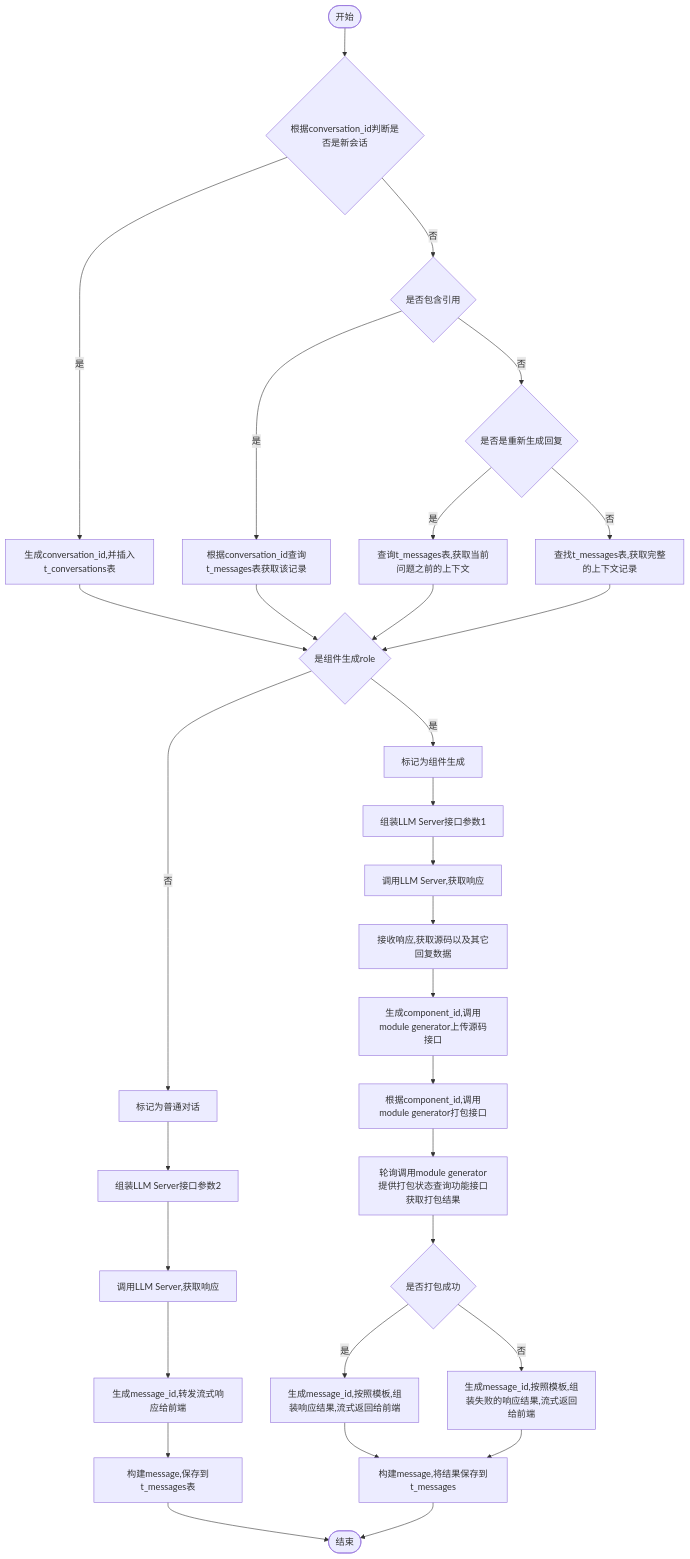
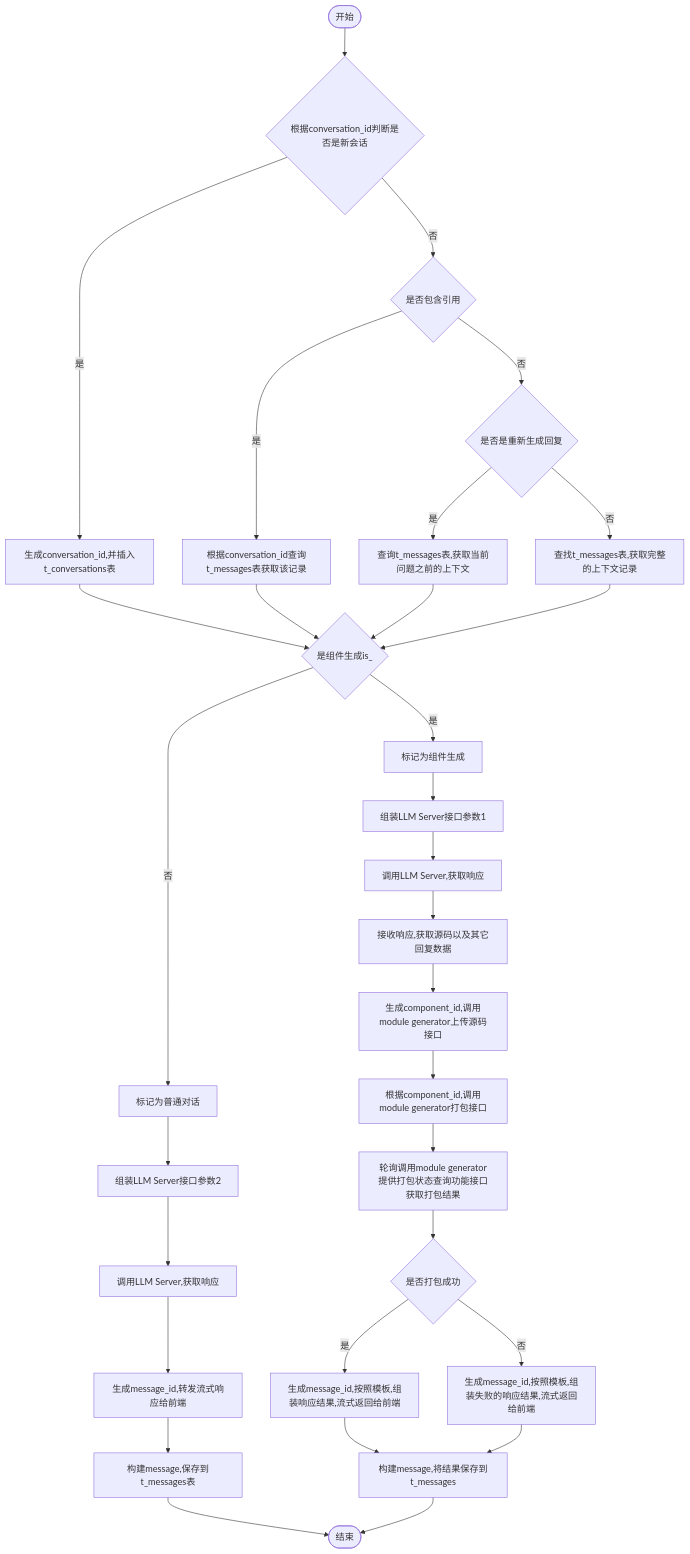
Before and after one commit to yingjianzh/iodraw-files: the diagram in all/v0.1.0会话.md, drawn with Mermaid.

Commit message:
2024-10-12 17:16:55 update

````diff
--- a/all/v0.1.0会话.md
+++ b/all/v0.1.0会话.md
@@ -1,34 +1,34 @@
 ```mermaid
 flowchart TD
     A([开始]) --> B{根据conversation_id判断是否是新会话}
     B -- 是 --> C[生成conversation_id,并插入t_conversations表]
     B -- 否 --> D{是否包含引用}
     D -- 是 --> E[根据conversation_id查询t_messages表获取该记录]
     D -- 否 --> F{是否是重新生成回复}
     F -- 是 --> G[查询t_messages表,获取当前问题之前的上下文]
     F -- 否 --> H[查找t_messages表,获取完整的上下文记录]
      
-    C & E & G & H --> I{是组件生成role}
+    C & E & G & H --> I{是组件生成is_}
     I -- 是 --> J[标记为组件生成]
     I -- 否 --> K[标记为普通对话]
 
     J --> L[组装LLM Server接口参数1]    
     K --> M[组装LLM Server接口参数2]    
     M --> N[调用LLM Server,获取响应]    
     N --> O[生成message_id,转发流式响应给前端]
     O --> P[构建message,保存到t_messages表]
     P --> R([结束])
 
 
     L --> S[调用LLM Server,获取响应]
     S --> T[接收响应,获取源码以及其它回复数据]
     T --> U[生成component_id,调用module generator上传源码接口]
     U --> V[根据component_id,调用module generator打包接口]
     V --> W[轮询调用module generator提供打包状态查询功能接口获取打包结果]
     W --> X{是否打包成功}
     X -- 是 --> Y[生成message_id,按照模板,组装响应结果,流式返回给前端]
     X -- 否 --> Z[生成message_id,按照模板,组装失败的响应结果,流式返回给前端]
 
     Y & Z --> Result[构建message,将结果保存到t_messages]
     Result --> R
 ```
````
